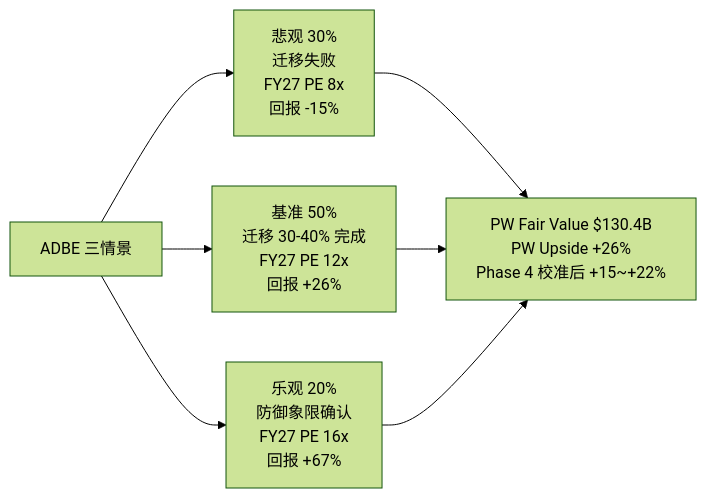
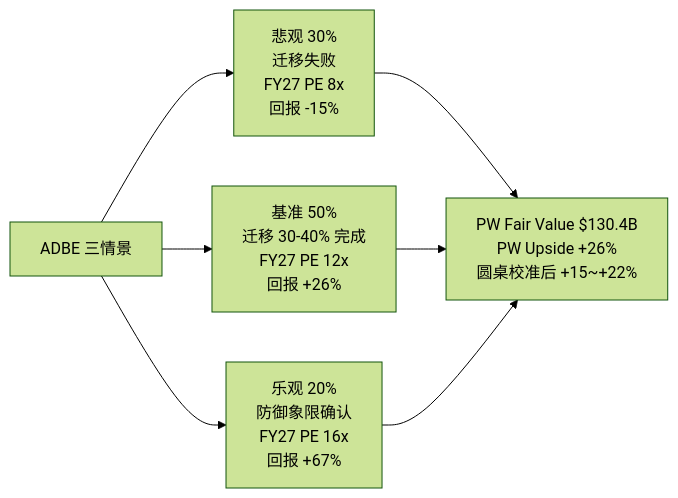
One commit to miltonnewyork25-afk/investment-master changed the first of 26 diagrams in reports/SAAS_SERIES_R1_CREATIVE/R1_complete_v1.md. Above: the diagram before and after it, drawn with Mermaid (forest theme). The commit also changed other lines of this file, not shown here.

````diff
--- a/reports/SAAS_SERIES_R1_CREATIVE/R1_complete_v1.md
+++ b/reports/SAAS_SERIES_R1_CREATIVE/R1_complete_v1.md
@@ -415,9 +412,9 @@
 ```mermaid
 flowchart LR
     A[ADBE 三情景] --> B[悲观 30%<br/>迁移失败<br/>FY27 PE 8x<br/>回报 -15%]
     A --> C[基准 50%<br/>迁移 30-40% 完成<br/>FY27 PE 12x<br/>回报 +26%]
     A --> D[乐观 20%<br/>防御象限确认<br/>FY27 PE 16x<br/>回报 +67%]
-    B --> E[PW Fair Value $130.4B<br/>PW Upside +26%<br/>Phase 4 校准后 +15~+22%]
+    B --> E[PW Fair Value $130.4B<br/>PW Upside +26%<br/>圆桌校准后 +15~+22%]
     C --> E
     D --> E
 ```
````
